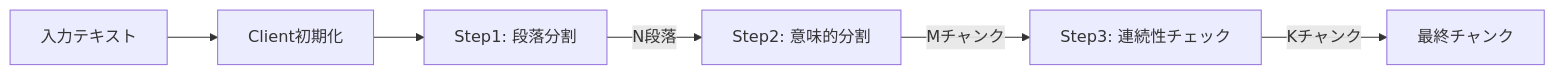
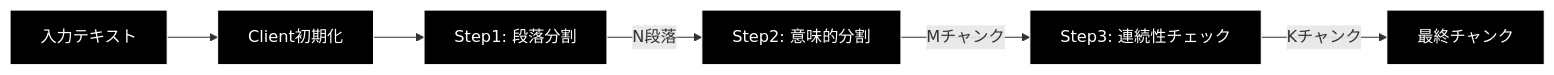
Before and after one commit to nakashima2toshio/ollama_grace_agent_v2: the seventh of 9 diagrams in chunking/doc/step1_2_3.md, drawn with Mermaid. The commit also changed other lines of this file and 13 other files, not shown here.

````diff
--- a/chunking/doc/step1_2_3.md
+++ b/chunking/doc/step1_2_3.md
@@ -475,15 +502,18 @@
 ```mermaid
 flowchart LR
     INPUT[入力テキスト]
     CLIENT[Client初期化]
     S1[Step1: 段落分割]
     S2[Step2: 意味的分割]
     S3[Step3: 連続性チェック]
     OUTPUT[最終チャンク]
 
     INPUT --> CLIENT
     CLIENT --> S1
     S1 -->|"N段落"| S2
     S2 -->|"Mチャンク"| S3
     S3 -->|"Kチャンク"| OUTPUT
+classDef default fill:#000,stroke:#fff,color:#fff
+classDef subgraphStyle fill:#1a1a1a,stroke:#fff,color:#fff
+class INPUT,CLIENT,S1,S2,S3,OUTPUT default
 ```
````
